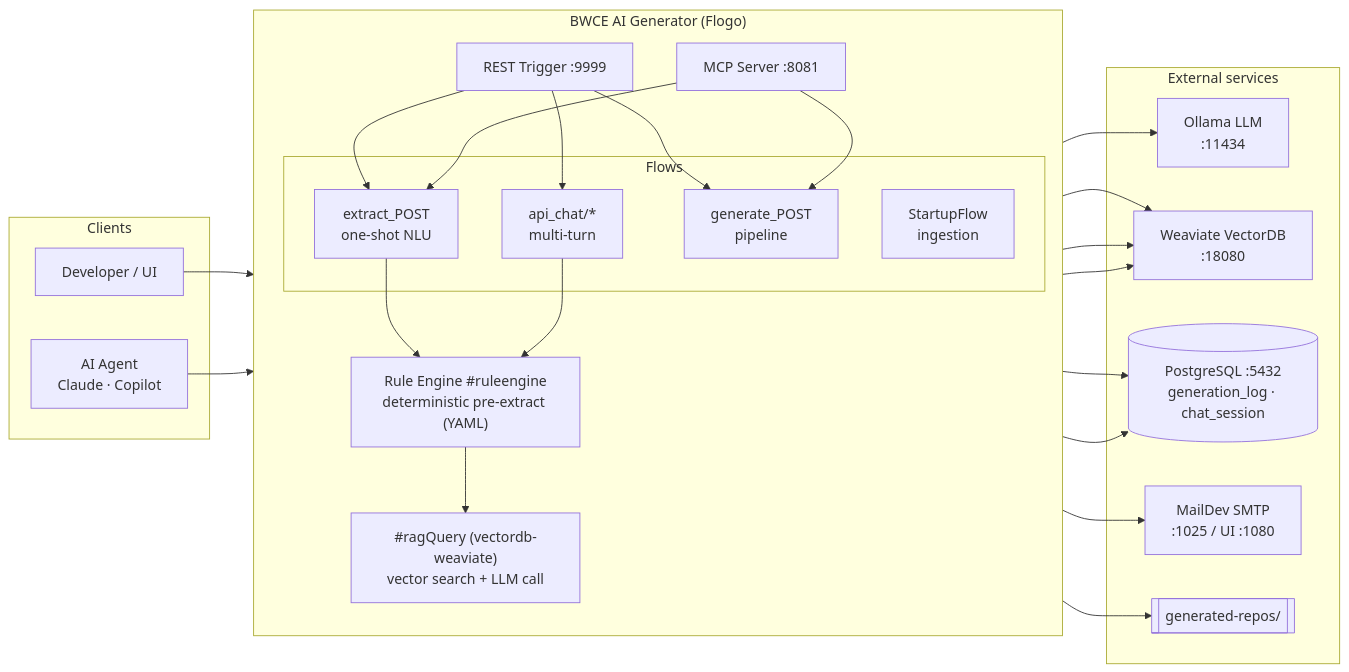
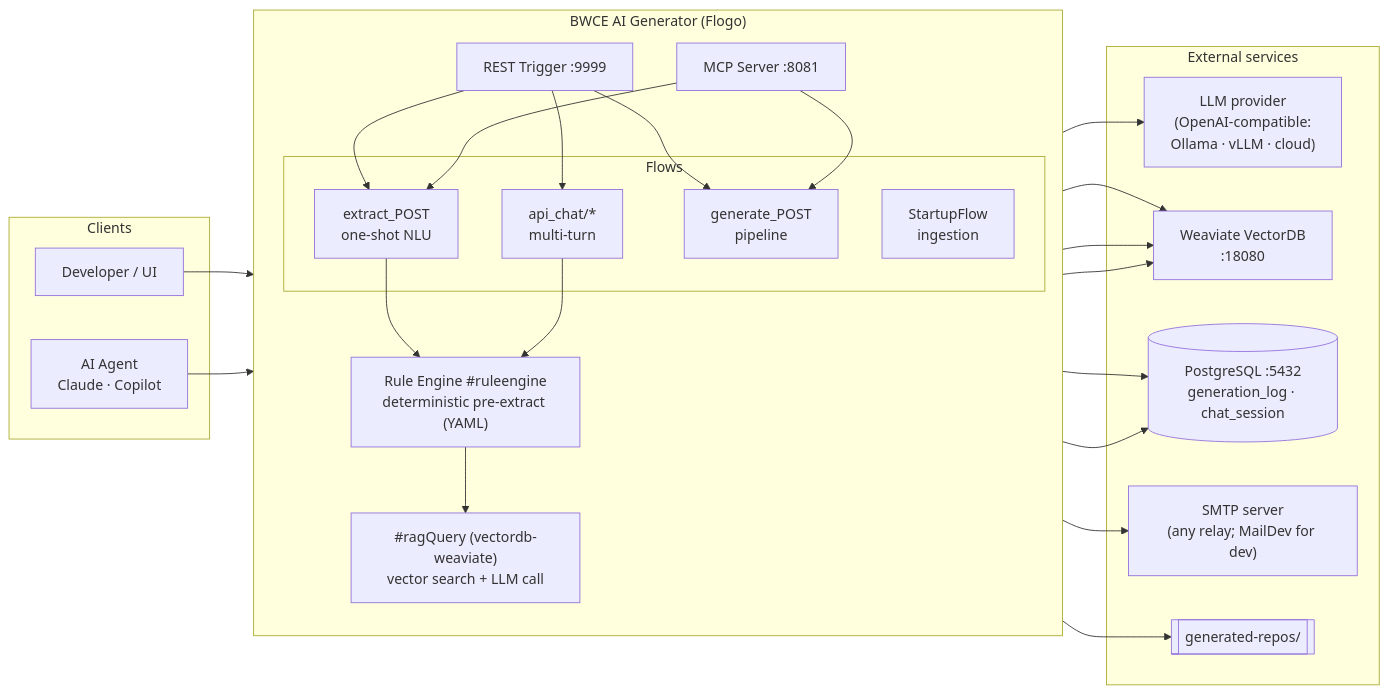
Before and after one commit to mpandav-tibco/ai-template-generator: the first of 3 diagrams in README.md, drawn with Mermaid. The commit also changed other lines of this file and 1 other file, not shown here.

First line of the commit message:
docs: generic LLM/SMTP backends, governance-gates diagram, UI step-by-step guide

````diff
--- a/README.md
+++ b/README.md
@@ -24,43 +24,43 @@
 ```mermaid
 flowchart LR
     subgraph Clients
         U[Developer / UI]
         AG[AI Agent<br/>Claude · Copilot]
     end
 
     subgraph App["BWCE AI Generator (Flogo)"]
         direction TB
         REST["REST Trigger :9999"]
         MCP["MCP Server :8081"]
         subgraph Flows
             EX["extract_POST<br/>one-shot NLU"]
             CHAT["api_chat/*<br/>multi-turn"]
             GEN["generate_POST<br/>pipeline"]
             START["StartupFlow<br/>ingestion"]
         end
         RULES["Rule Engine #ruleengine<br/>deterministic pre-extract (YAML)"]
         RAG["#ragQuery (vectordb-weaviate)<br/>vector search + LLM call"]
     end
 
     subgraph Deps["External services"]
-        OLL["Ollama LLM<br/>:11434"]
+        LLM["LLM provider<br/>(OpenAI-compatible:<br/>Ollama · vLLM · cloud)"]
         WV["Weaviate VectorDB<br/>:18080"]
         PG[("PostgreSQL :5432<br/>generation_log · chat_session")]
-        MAIL["MailDev SMTP<br/>:1025 / UI :1080"]
+        SMTP["SMTP server<br/>(any relay; MailDev for dev)"]
         FS[["generated-repos/"]]
     end
 
     U --> REST
     AG --> MCP
     REST --> EX & CHAT & GEN
     MCP --> EX & GEN
     EX & CHAT --> RULES --> RAG
     RAG --> WV
-    RAG --> OLL
+    RAG --> LLM
     CHAT --> PG
     START --> WV
     GEN --> WV
     GEN --> PG
     GEN --> FS
-    GEN --> MAIL
+    GEN --> SMTP
 ```
````
